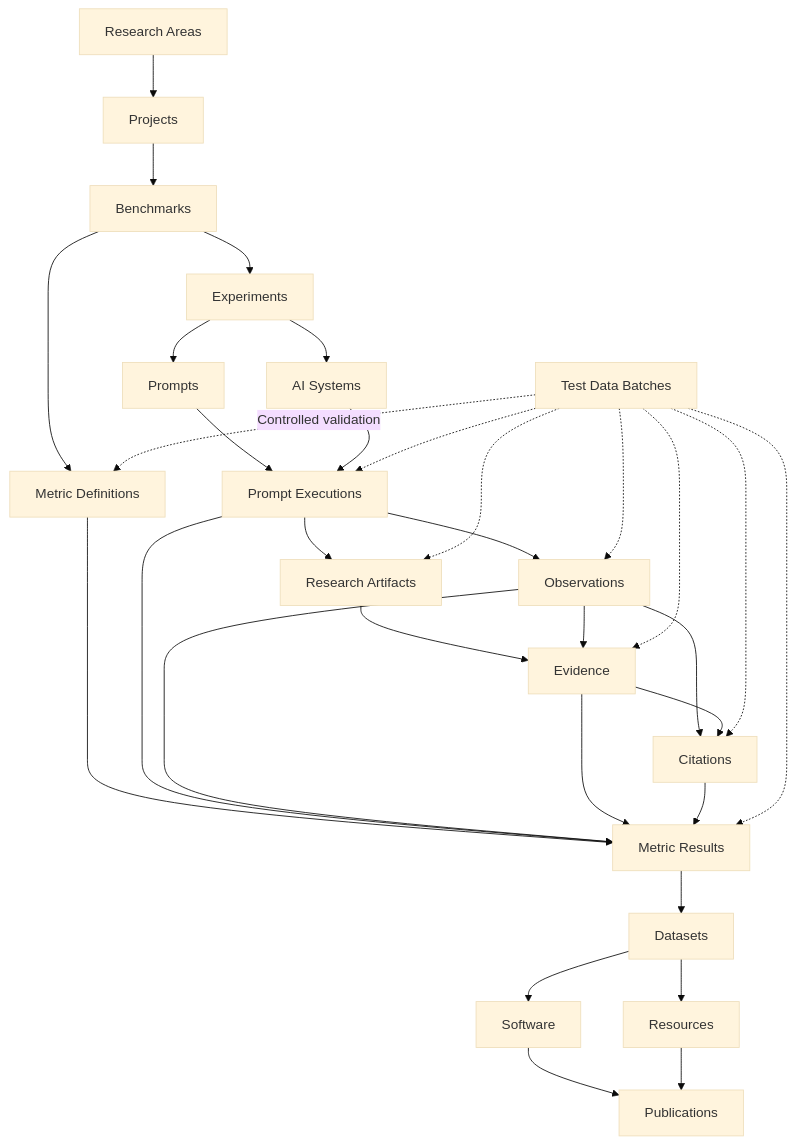
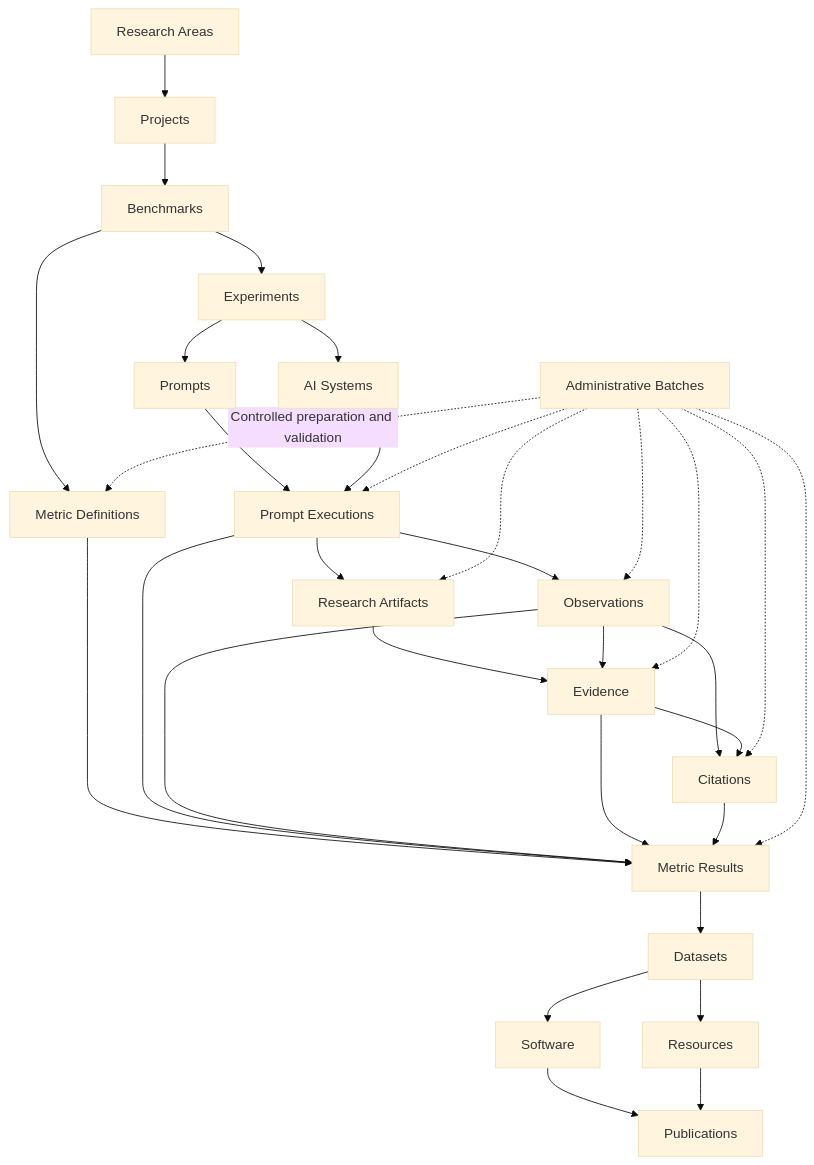
One commit to gslhub/website changed the diagram in README.md. Above: the diagram before and after it, drawn with Mermaid (base theme). The commit also changed other lines of this file, not shown here.

````diff
--- a/README.md
+++ b/README.md
@@ -155,39 +168,34 @@
 ```mermaid
 flowchart TD
     A[Research Areas] --> B[Projects]
     B --> C[Benchmarks]
     C --> D[Experiments]
     C --> MD[Metric Definitions]
-
     D --> E[Prompts]
     D --> F[AI Systems]
     E --> G[Prompt Executions]
     F --> G
-
     G --> H[Observations]
     G --> I[Research Artifacts]
     I --> J[Evidence]
     H --> J
     H --> K[Citations]
     J --> K
-
     MD --> L[Metric Results]
     G --> L
     H --> L
     J --> L
     K --> L
-
     L --> M[Datasets]
     M --> N[Software]
     M --> O[Resources]
     N --> P[Publications]
     O --> P
-
-    T[Test Data Batches] -. Controlled validation .-> MD
+    T[Administrative Batches] -. Controlled preparation and validation .-> MD
     T -.-> G
     T -.-> H
     T -.-> I
     T -.-> J
     T -.-> K
     T -.-> L
 ```
````
